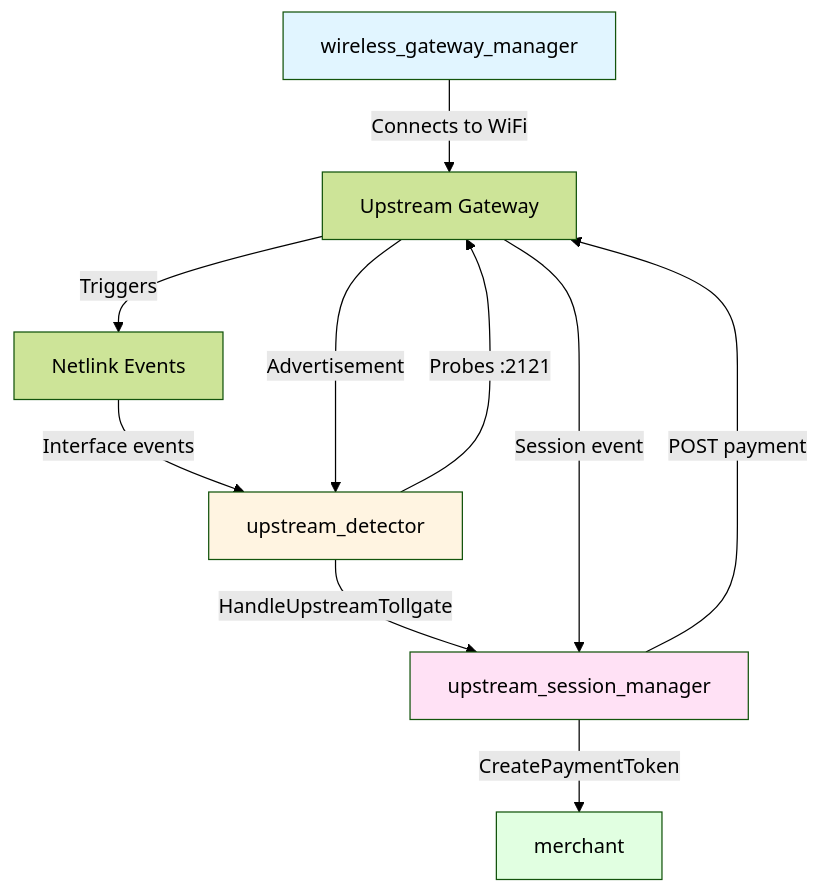
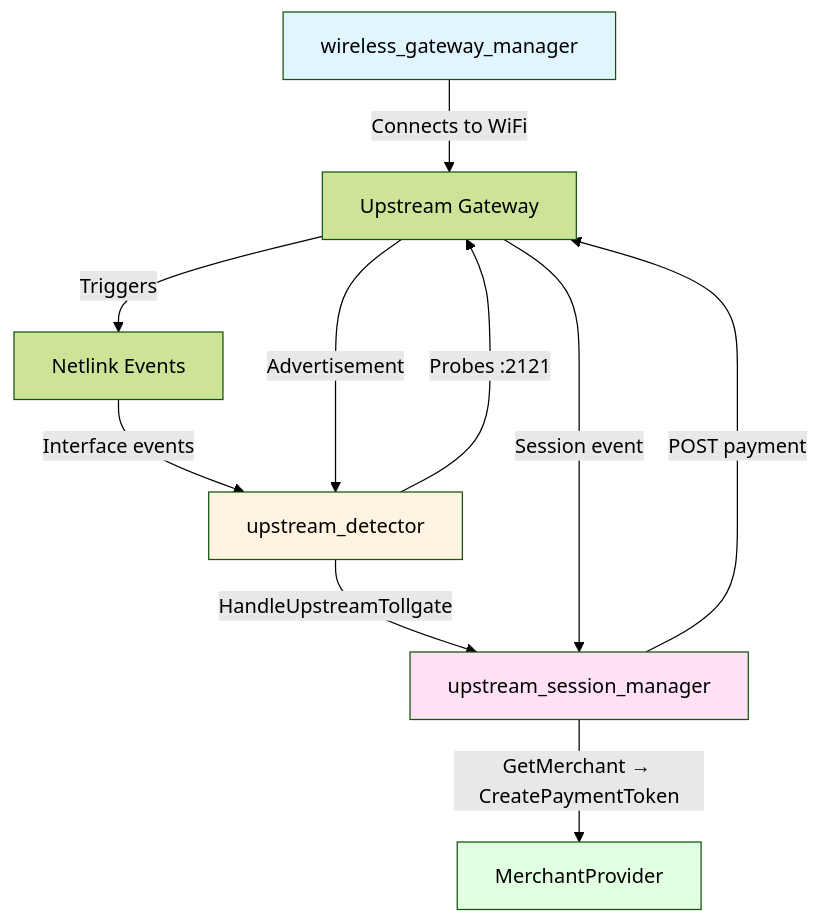
Before and after one commit to OpenTollGate/tollgate-module-basic-go: the first of 8 diagrams in docs/upstream_session_manager.md, drawn with Mermaid (forest theme). The commit also changed other lines of this file and 4 other files, not shown here.

First line of the commit message:
docs: update documentation for degraded mode architecture (PRs #138-#140)

````diff
--- a/docs/upstream_session_manager.md
+++ b/docs/upstream_session_manager.md
@@ -33,24 +47,24 @@
 ```mermaid
 graph TB
     WGM[wireless_gateway_manager]
     CS[upstream_detector]
     CH[upstream_session_manager]
-    MR[merchant]
+    MP[MerchantProvider]
     NL[Netlink Events]
     GW[Upstream Gateway]
 
     WGM -->|Connects to WiFi| GW
     GW -->|Triggers| NL
     NL -->|Interface events| CS
     CS -->|Probes :2121| GW
     GW -->|Advertisement| CS
     CS -->|HandleUpstreamTollgate| CH
-    CH -->|CreatePaymentToken| MR
+    CH -->|GetMerchant → CreatePaymentToken| MP
     CH -->|POST payment| GW
     GW -->|Session event| CH
 
     style WGM fill:#e1f5ff
     style CS fill:#fff4e1
     style CH fill:#ffe1f5
-    style MR fill:#e1ffe1
+    style MP fill:#e1ffe1
 ```
````
